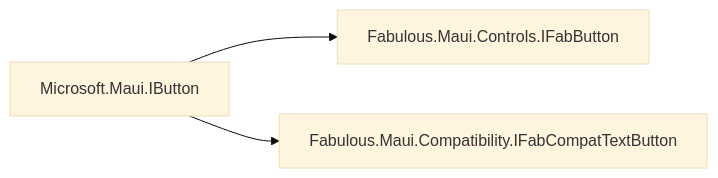
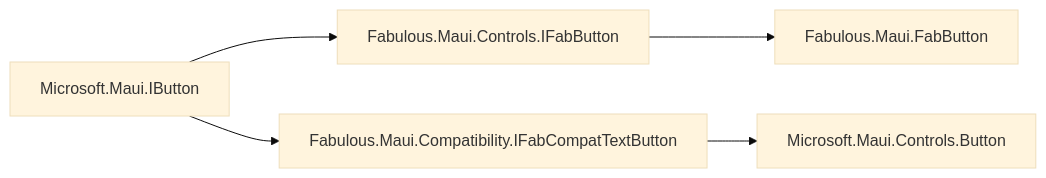
One commit to fabulous-dev/Fabulous.Maui changed the diagram in README.md. Above: the diagram before and after it, drawn with Mermaid (base theme).

````diff
--- a/README.md
+++ b/README.md
@@ -105,5 +105,7 @@
 ```mermaid
 graph LR;
     A[Microsoft.Maui.IButton]-->B[Fabulous.Maui.Controls.IFabButton]
     A-->C[Fabulous.Maui.Compatibility.IFabCompatTextButton]
+    B-->D[Fabulous.Maui.FabButton]
+    C-->E[Microsoft.Maui.Controls.Button]
 ```
````
